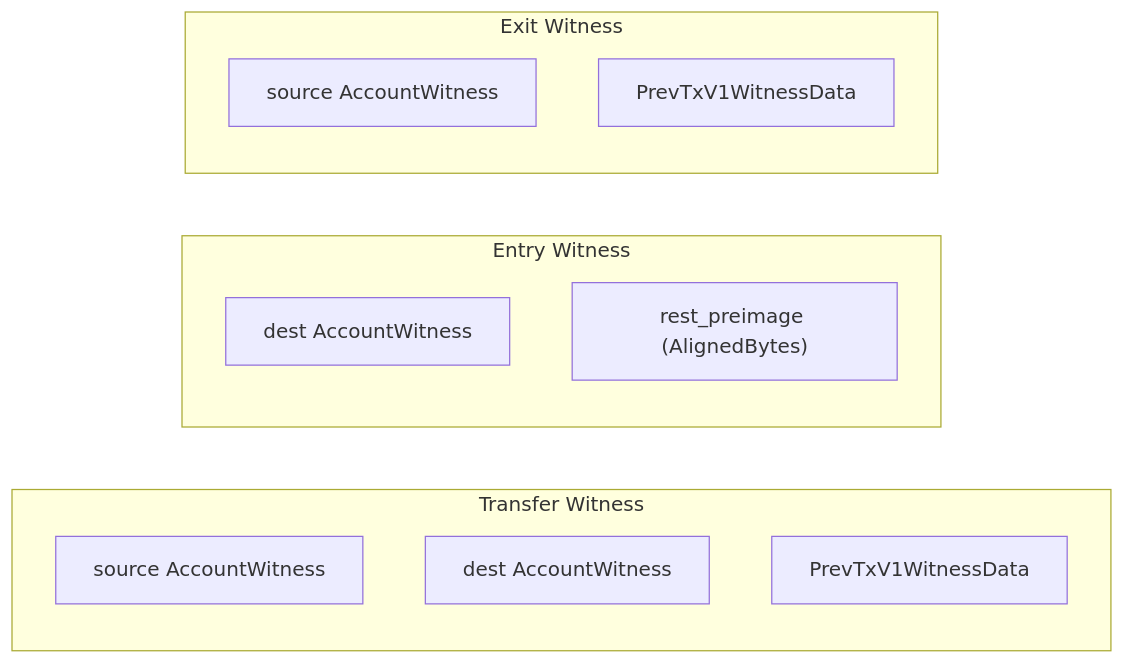
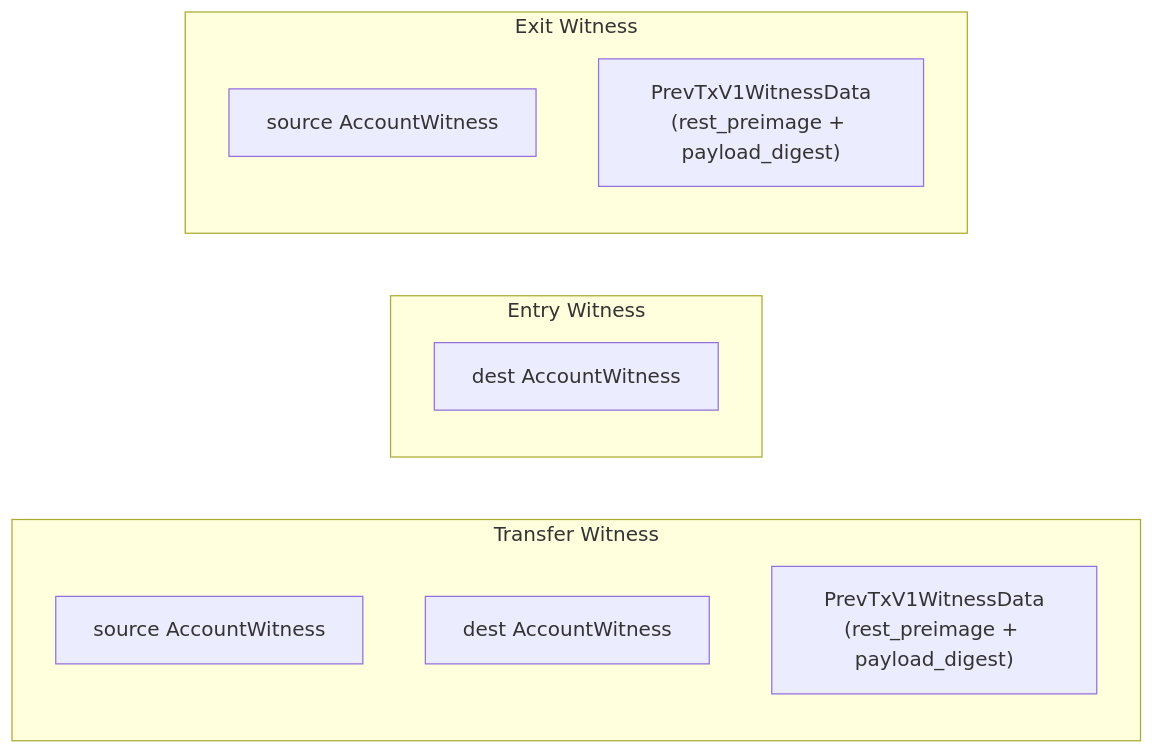
Before and after one commit to kaspanet/rusty-kaspa: the second of 2 diagrams in examples/zk-covenant-rollup/book/src/ch05-guest-proof-pipeline.md, drawn with Mermaid. The commit also changed other lines of this file and 15 other files, not shown here.

````diff
--- a/examples/zk-covenant-rollup/book/src/ch05-guest-proof-pipeline.md
+++ b/examples/zk-covenant-rollup/book/src/ch05-guest-proof-pipeline.md
@@ -108,18 +111,17 @@
 ```mermaid
 flowchart LR
     subgraph TransferWit["Transfer Witness"]
         TS["source AccountWitness"]
         TD["dest AccountWitness"]
-        TP["PrevTxV1WitnessData"]
+        TP["PrevTxV1WitnessData<br/>(rest_preimage + payload_digest)"]
     end
 
     subgraph EntryWit["Entry Witness"]
         ED["dest AccountWitness"]
-        ER["rest_preimage (AlignedBytes)"]
     end
 
     subgraph ExitWit["Exit Witness"]
         ES["source AccountWitness"]
-        EP["PrevTxV1WitnessData"]
+        EP["PrevTxV1WitnessData<br/>(rest_preimage + payload_digest)"]
     end
 ```
````
